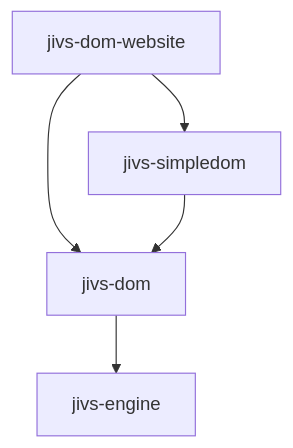
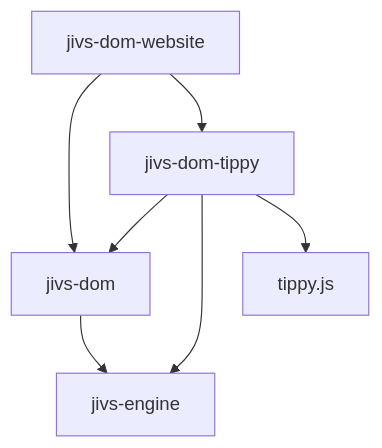
Before and after one commit to plblum/jivs: diagram 14 of 14 in planning/Jivs-DOM_Implementation_Design.md, drawn with Mermaid. The commit also changed other lines of this file, not shown here.

````diff
--- a/planning/Jivs-DOM_Implementation_Design.md
+++ b/planning/Jivs-DOM_Implementation_Design.md
@@ -5412,12 +5382,15 @@
 ```mermaid
 flowchart TB
     WEBSITE["jivs-dom-website"]
-    SIMPLEDOM["jivs-simpledom"]
+    TIPPY["jivs-dom-tippy"]
     DOM["jivs-dom"]
     ENGINE["jivs-engine"]
+    TIPPYJS["tippy.js"]
 
-    WEBSITE --> SIMPLEDOM
     WEBSITE --> DOM
-    SIMPLEDOM --> DOM
+    WEBSITE --> TIPPY
+    TIPPY --> DOM
+    TIPPY --> ENGINE
+    TIPPY --> TIPPYJS
     DOM --> ENGINE
 ```
````
